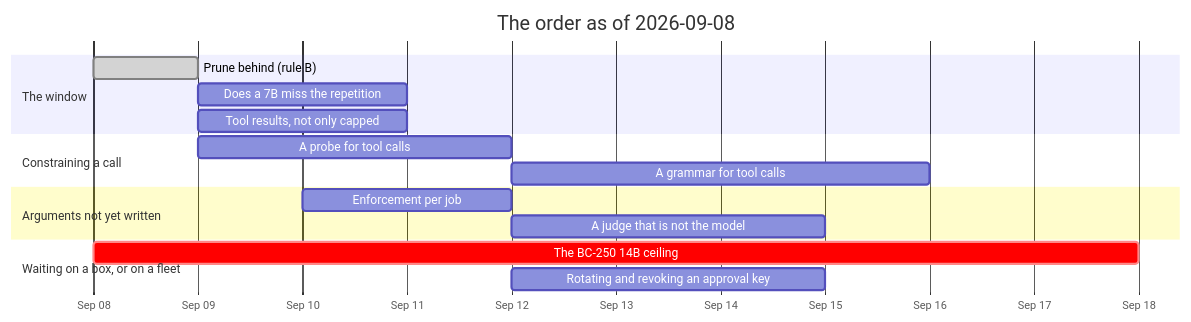
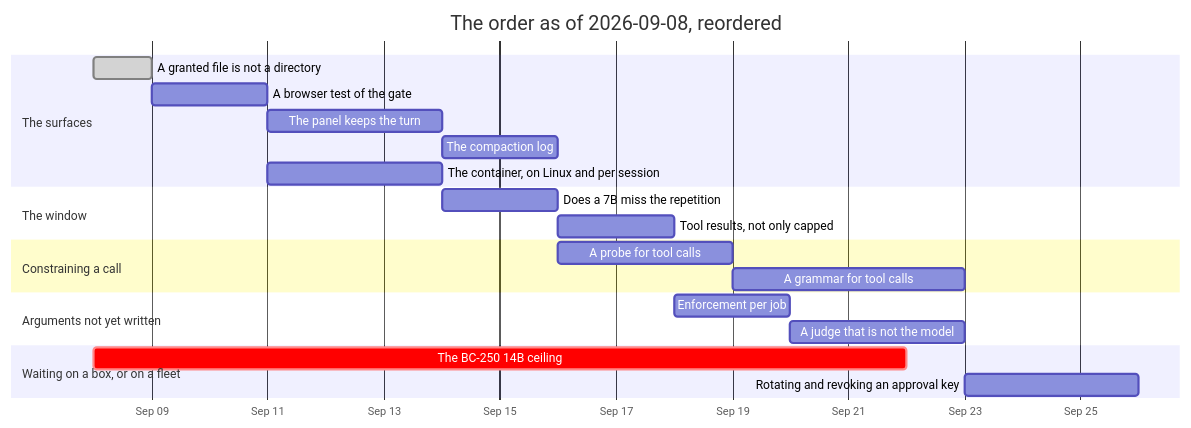
The diagram in ROADMAP/2026-09-08/README.md (jgermade/luu), drawn with Mermaid before and after one commit. The commit also changed other lines of this file and 4 other files, not shown here.

````diff
--- a/ROADMAP/2026-09-08/README.md
+++ b/ROADMAP/2026-09-08/README.md
@@ -50,19 +77,24 @@
 ```mermaid
 gantt
-    title The order as of 2026-09-08
+    title The order as of 2026-09-08, reordered
     dateFormat YYYY-MM-DD
     axisFormat %b %d
+    section The surfaces
+    A granted file is not a directory      :done, enotdir, 2026-09-08, 1d
+    A browser test of the gate             :gate, after enotdir, 2d
+    The panel keeps the turn               :panel, after gate, 3d
+    The compaction log                     :fold, after panel, 2d
+    The container, on Linux and per session :ctr, after gate, 3d
     section The window
-    Prune behind (rule B)                  :done, prune, 2026-09-08, 1d
-    Does a 7B miss the repetition          :rep, after prune, 2d
-    Tool results, not only capped          :steps, after prune, 2d
+    Does a 7B miss the repetition          :rep, after panel, 2d
+    Tool results, not only capped          :steps, after rep, 2d
     section Constraining a call
-    A probe for tool calls                 :probe, 2026-09-09, 3d
+    A probe for tool calls                 :probe, after fold, 3d
     A grammar for tool calls               :gbnf, after probe, 4d
     section Arguments not yet written
-    Enforcement per job                    :enf, 2026-09-10, 2d
+    Enforcement per job                    :enf, after steps, 2d
     A judge that is not the model          :judge, after enf, 3d
     section Waiting on a box, or on a fleet
-    The BC-250 14B ceiling                 :crit, bc250, 2026-09-08, 10d
-    Rotating and revoking an approval key  :keys, after enf, 3d
+    The BC-250 14B ceiling                 :crit, bc250, 2026-09-08, 14d
+    Rotating and revoking an approval key  :keys, after judge, 3d
 ```
````
